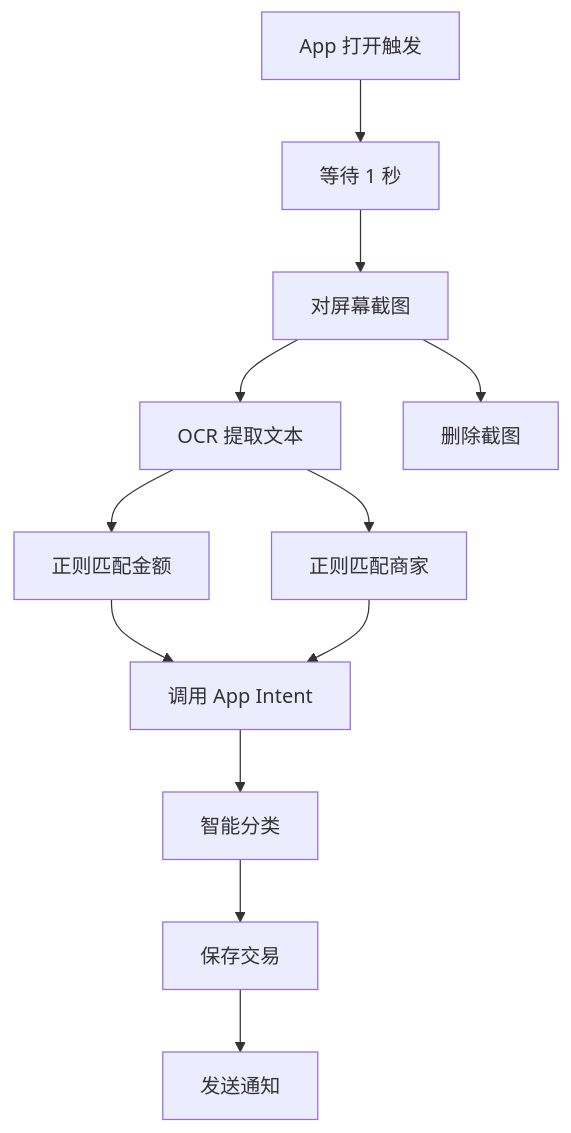
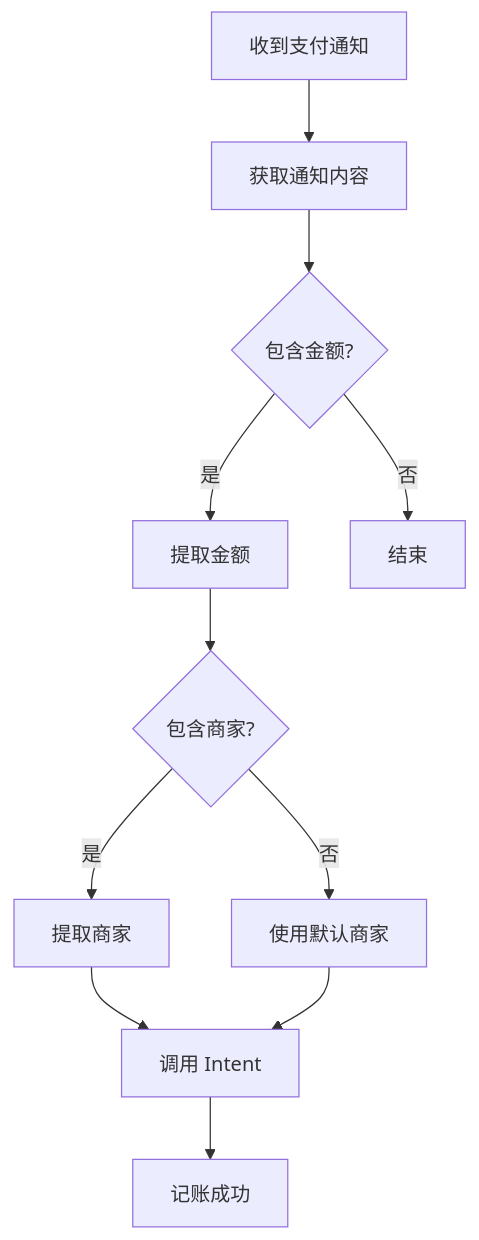
The diagram in docs/SHORTCUT_SETUP.md (XiaoLinZzz/Record-Money), drawn with Mermaid before and after one commit. The commit also changed other lines of this file and 1 other file, not shown here.

````diff
--- a/docs/SHORTCUT_SETUP.md
+++ b/docs/SHORTCUT_SETUP.md
@@ -175,14 +241,13 @@
 ```mermaid
 graph TD
-    A[App 打开触发] --> B[等待 1 秒]
-    B --> C[对屏幕截图]
-    C --> D[OCR 提取文本]
-    D --> E[正则匹配金额]
-    D --> F[正则匹配商家]
-    E --> G[调用 App Intent]
-    F --> G
-    G --> H[智能分类]
-    H --> I[保存交易]
-    I --> J[发送通知]
-    C --> K[删除截图]
+    A[收到支付通知] --> B[获取通知内容]
+    B --> C{包含金额?}
+    C -->|是| D[提取金额]
+    C -->|否| E[结束]
+    D --> F{包含商家?}
+    F -->|是| G[提取商家]
+    F -->|否| H[使用默认商家]
+    G --> I[调用 Intent]
+    H --> I
+    I --> J[记账成功]
 ```
````
